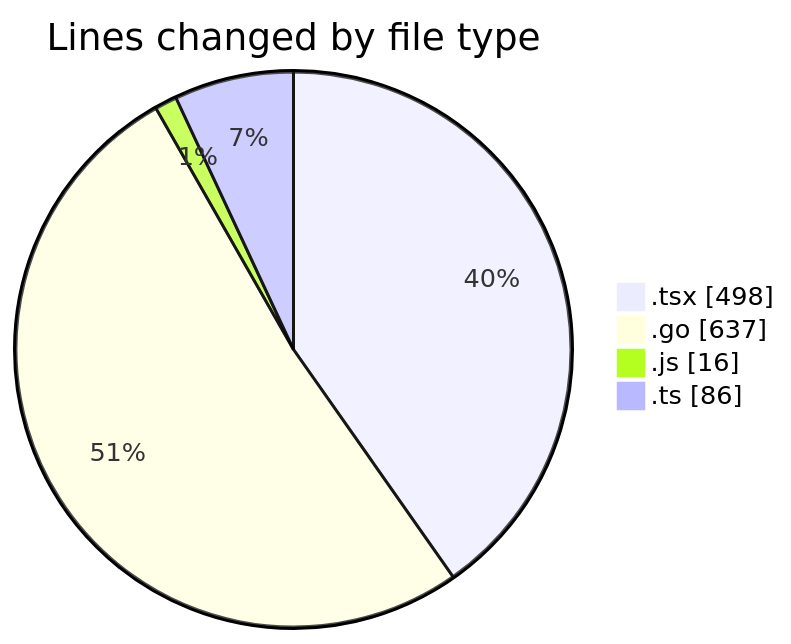
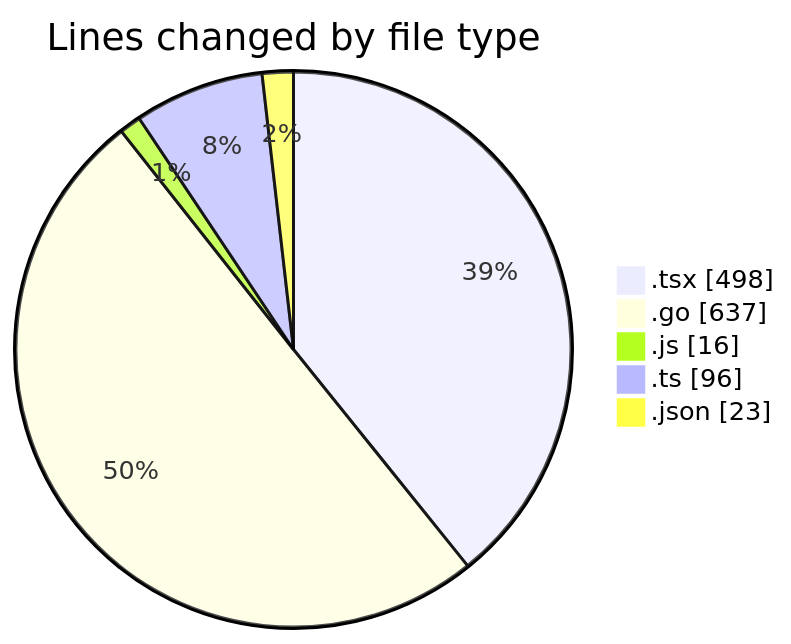
The first of 2 diagrams in 2025-03-04/termonied_testador/README.md (robertbonfada/code-tracking), drawn with Mermaid before and after one commit. The commit also changed other lines of this file and 1 other file, not shown here.

````diff
--- a/2025-03-04/termonied_testador/README.md
+++ b/2025-03-04/termonied_testador/README.md
@@ -26,8 +28,9 @@
 ```mermaid
 pie showData
 title Lines changed by file type
 ".tsx" : 498
 ".go" : 637
 ".js" : 16
-".ts" : 86
+".ts" : 96
+".json" : 23
 ```
````
